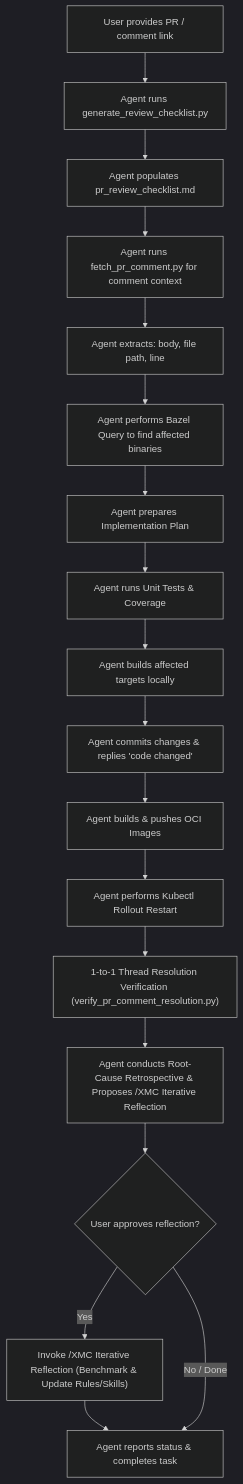
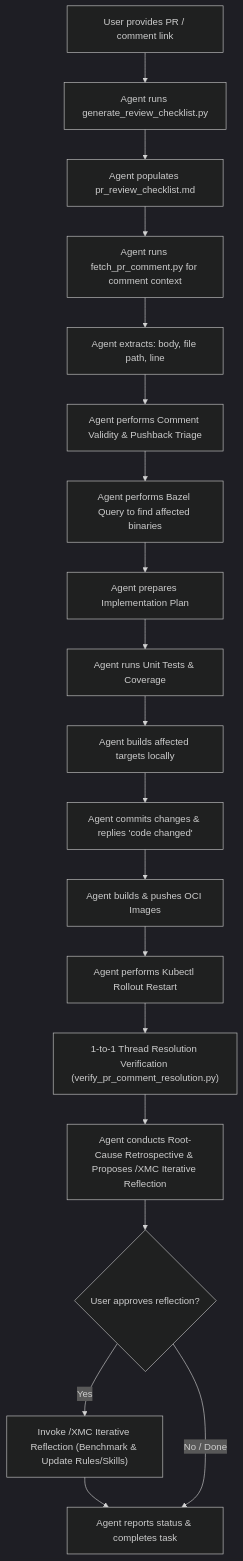
Before and after one commit to google/xmc: the diagram in .agents/skills/xmc_address_pr_comment/SKILL.md, drawn with Mermaid (dark theme). The commit also changed other lines of this file and 2 other files, not shown here.

First line of the commit message:
docs(skills): add comment validity and pushback triage to PR comment workflows

````diff
--- a/.agents/skills/xmc_address_pr_comment/SKILL.md
+++ b/.agents/skills/xmc_address_pr_comment/SKILL.md
@@ -10,20 +10,21 @@
 ```mermaid
 graph TD
     A["User provides PR / comment link"] --> B["Agent runs generate_review_checklist.py"]
     B --> C["Agent populates pr_review_checklist.md"]
     C --> D["Agent runs fetch_pr_comment.py for comment context"]
     D --> E["Agent extracts: body, file path, line"]
-    E --> F["Agent performs Bazel Query to find affected binaries"]
+    E --> D2["Agent performs Comment Validity & Pushback Triage"]
+    D2 --> F["Agent performs Bazel Query to find affected binaries"]
     F --> G["Agent prepares Implementation Plan"]
     G --> H["Agent runs Unit Tests & Coverage"]
     H --> I["Agent builds affected targets locally"]
     I --> J["Agent commits changes & replies 'code changed'"]
     J --> K["Agent builds & pushes OCI Images"]
     K --> L["Agent performs Kubectl Rollout Restart"]
     L --> M["1-to-1 Thread Resolution Verification (verify_pr_comment_resolution.py)"]
     M --> N["Agent conducts Root-Cause Retrospective & Proposes /XMC Iterative Reflection"]
     N --> O{"User approves reflection?"}
     O -->|Yes| P["Invoke /XMC Iterative Reflection (Benchmark & Update Rules/Skills)"]
     P --> Q["Agent reports status & completes task"]
     O -->|No / Done| Q
 ```
````
